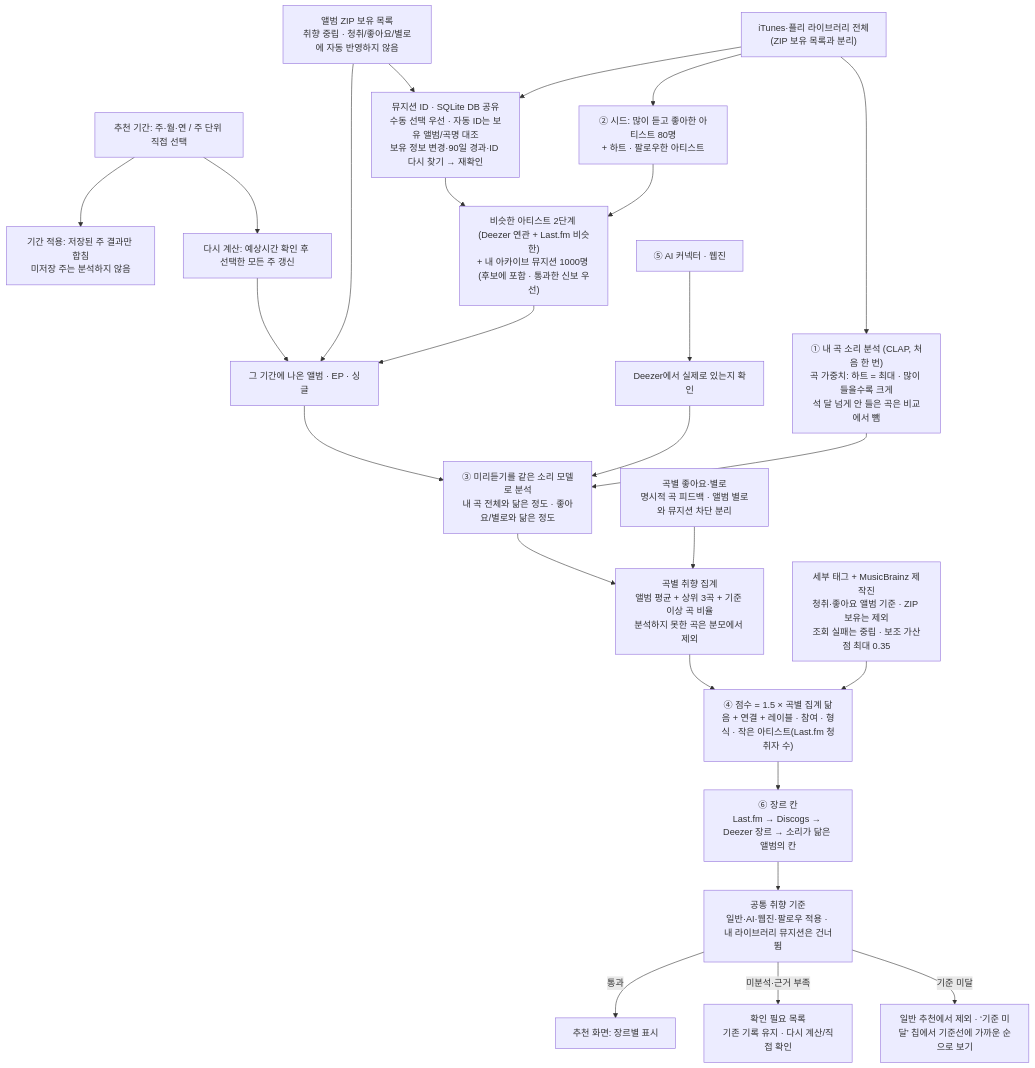
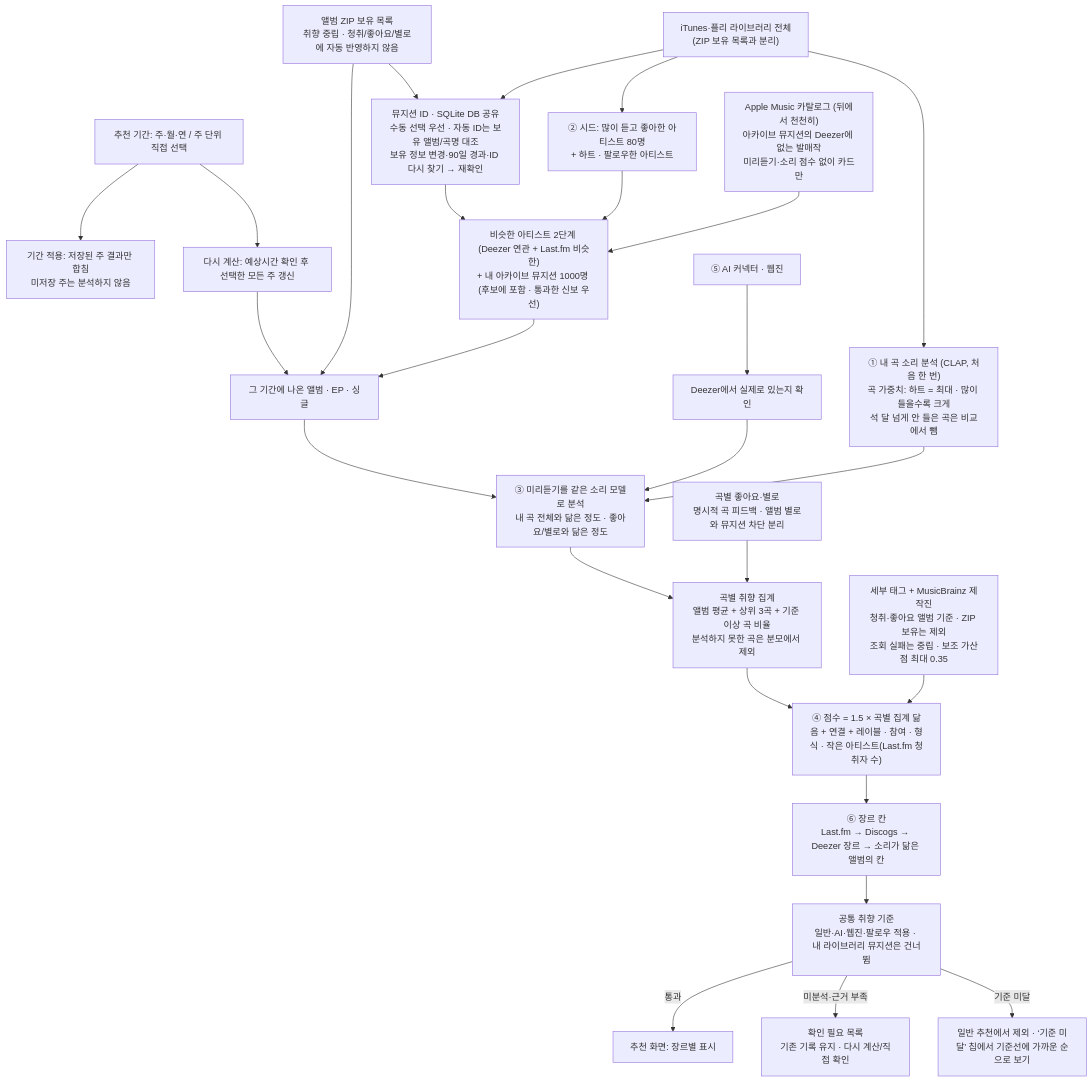
Before and after one commit to plastiqvox/RecipeSong: the diagram in docs/recommendation.md, drawn with Mermaid. The commit also changed other lines of this file and 15 other files, not shown here.

````diff
--- a/docs/recommendation.md
+++ b/docs/recommendation.md
@@ -11,29 +11,30 @@
 ```mermaid
 flowchart TD
     period["추천 기간: 주·월·연 / 주 단위 직접 선택"] --> apply["기간 적용: 저장된 주 결과만 합침<br/>미저장 주는 분석하지 않음"]
     period --> recalc["다시 계산: 예상시간 확인 후 선택한 모든 주 갱신"]
     recalc --> rel
     lib["iTunes·플리 라이브러리 전체<br/>(ZIP 보유 목록과 분리)"]
     zip["앨범 ZIP 보유 목록<br/>취향 중립 · 청취/좋아요/별로에 자동 반영하지 않음"]
     zip --> ids
     zip --> rel
     lib --> emb["① 내 곡 소리 분석 (CLAP, 처음 한 번)<br/>곡 가중치: 하트 = 최대 · 많이 들을수록 크게<br/>석 달 넘게 안 들은 곡은 비교에서 뺌"]
     lib --> seed["② 시드: 많이 듣고 좋아한 아티스트 80명<br/>+ 하트 · 팔로우한 아티스트"]
     lib --> ids["뮤지션 ID · SQLite DB 공유<br/>수동 선택 우선 · 자동 ID는 보유 앨범/곡명 대조<br/>보유 정보 변경·90일 경과·ID 다시 찾기 → 재확인"]
     ids --> pool
     seed --> pool["비슷한 아티스트 2단계 (Deezer 연관 + Last.fm 비슷한)<br/>+ 내 아카이브 뮤지션 1000명 (후보에 포함 · 통과한 신보 우선)"]
+    apple["Apple Music 카탈로그 (뒤에서 천천히)<br/>아카이브 뮤지션의 Deezer에 없는 발매작<br/>미리듣기·소리 점수 없이 카드만"] --> pool
     pool --> rel["그 기간에 나온 앨범 · EP · 싱글"]
     ext["⑤ AI 커넥터 · 웹진"] --> dz["Deezer에서 실제로 있는지 확인"]
     rel --> listen["③ 미리듣기를 같은 소리 모델로 분석<br/>내 곡 전체와 닮은 정도 · 좋아요/별로와 닮은 정도"]
     dz --> listen
     emb --> listen
     listen --> tracks["곡별 취향 집계<br/>앨범 평균 + 상위 3곡 + 기준 이상 곡 비율<br/>분석하지 못한 곡은 분모에서 제외"]
     tracks --> score["④ 점수 = 1.5 × 곡별 집계 닮음 + 연결 + 레이블 · 참여 · 형식 · 작은 아티스트(Last.fm 청취자 수)"]
     metadata["세부 태그 + MusicBrainz 제작진<br/>청취·좋아요 앨범 기준 · ZIP 보유는 제외<br/>조회 실패는 중립 · 보조 가산점 최대 0.35"] --> score
     score --> group["⑥ 장르 칸<br/>Last.fm → Discogs → Deezer 장르 → 소리가 닮은 앨범의 칸"]
     feedback["곡별 좋아요·별로<br/>명시적 곡 피드백 · 앨범 별로와 뮤지션 차단 분리"] --> tracks
     group --> gate["공통 취향 기준<br/>일반·AI·웹진·팔로우 적용 · 내 라이브러리 뮤지션은 건너뜀"]
     gate -->|통과|show["추천 화면: 장르별 표시"]
     gate -->|미분석·근거 부족|review["확인 필요 목록<br/>기존 기록 유지 · 다시 계산/직접 확인"]
     gate -->|기준 미달|hidden["일반 추천에서 제외 · ‘기준 미달’ 칩에서 기준선에 가까운 순으로 보기"]
 ```
````
